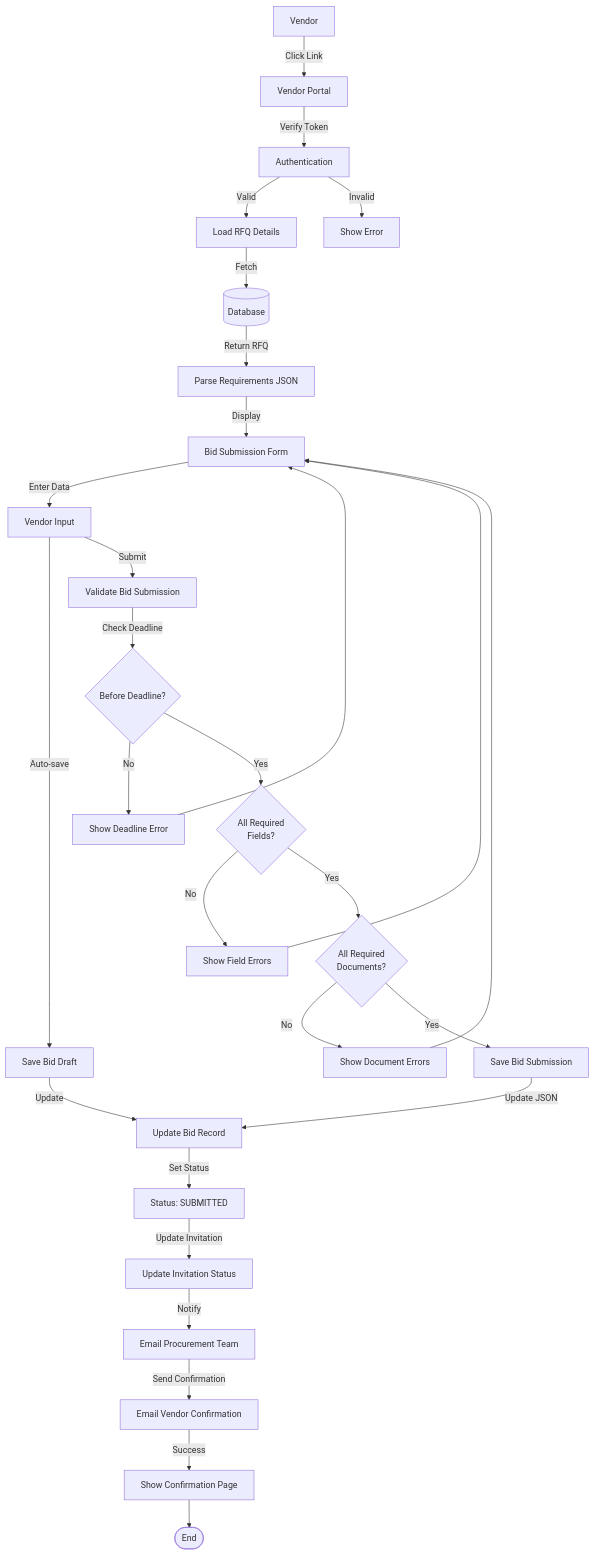
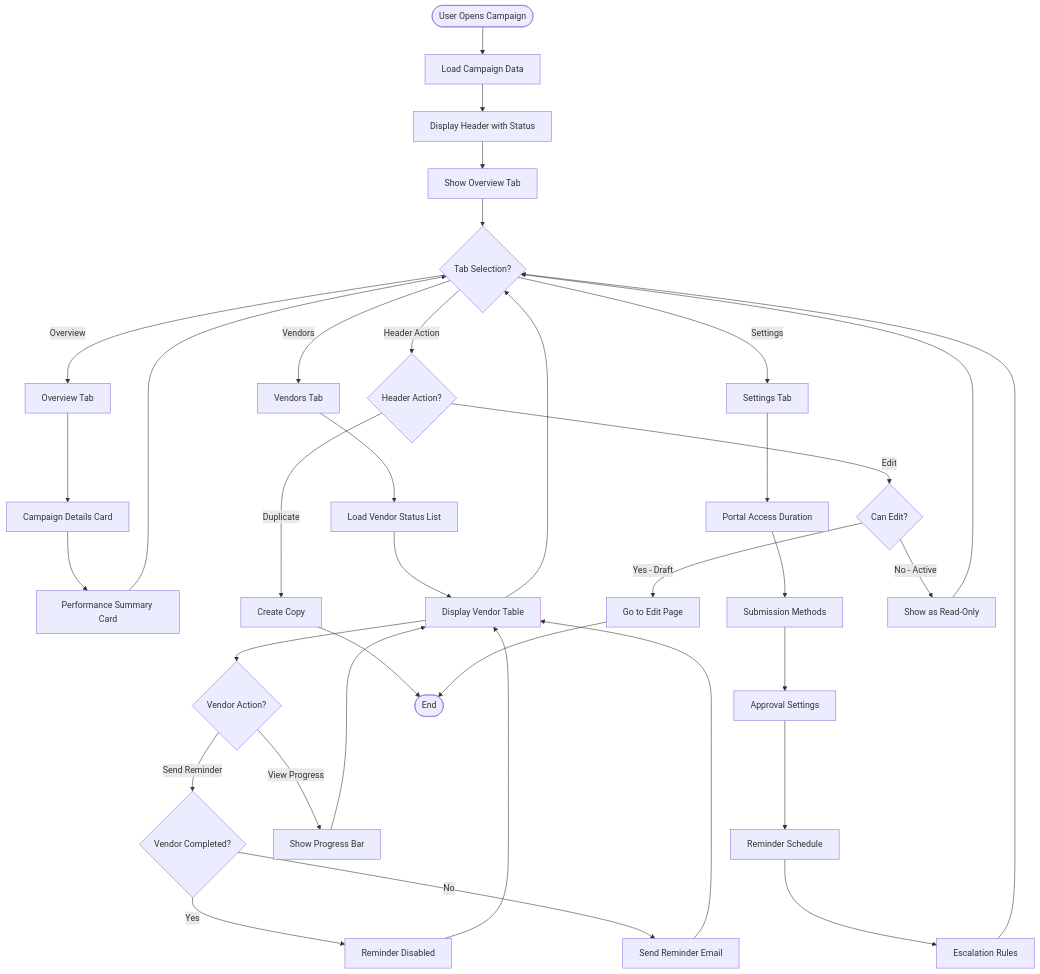
The sixth of 23 diagrams in docs/app/vendor-management/requests-for-pricing/FD-requests-for-pricing.md (CarmenSoftware-organization/carmen), drawn with Mermaid before and after one commit. The commit also changed other lines of this file and 1788 other files, not shown here.

````diff
--- a/docs/app/vendor-management/requests-for-pricing/FD-requests-for-pricing.md
+++ b/docs/app/vendor-management/requests-for-pricing/FD-requests-for-pricing.md
@@ -143,39 +242,49 @@
 ```mermaid
-graph TB
-    Vendor[Vendor] -->|Click Link| Portal[Vendor Portal]
-    Portal -->|Verify Token| Auth[Authentication]
-    Auth -->|Valid| LoadRFQ[Load RFQ Details]
-    Auth -->|Invalid| Error[Show Error]
+flowchart TD
+    Start([User Opens Campaign]) --> LoadCampaign[Load Campaign Data]
+    LoadCampaign --> DisplayHeader[Display Header with Status]
 
-    LoadRFQ -->|Fetch| DB[(Database)]
-    DB -->|Return RFQ| ParseJSON[Parse Requirements JSON]
-    ParseJSON -->|Display| Form[Bid Submission Form]
+    DisplayHeader --> DefaultTab[Show Overview Tab]
 
-    Form -->|Enter Data| VendorInput[Vendor Input]
-    VendorInput -->|Auto-save| DraftSave[Save Bid Draft]
-    DraftSave -->|Update| BidRecord[Update Bid Record]
+    DefaultTab --> TabChoice{Tab Selection?}
 
-    VendorInput -->|Submit| ValidateBid[Validate Bid Submission]
-    ValidateBid -->|Check Deadline| DeadlineCheck{Before Deadline?}
-    DeadlineCheck -->|No| DeadlineError[Show Deadline Error]
-    DeadlineError --> Form
+    TabChoice -->|Overview| OverviewTab[Overview Tab]
+    OverviewTab --> ShowDetails[Campaign Details Card]
+    ShowDetails --> ShowMetrics[Performance Summary Card]
+    ShowMetrics --> TabChoice
 
-    DeadlineCheck -->|Yes| ValidateFields{All Required<br/>Fields?}
-    ValidateFields -->|No| FieldErrors[Show Field Errors]
-    FieldErrors --> Form
+    TabChoice -->|Vendors| VendorsTab[Vendors Tab]
+    VendorsTab --> LoadVendors[Load Vendor Status List]
+    LoadVendors --> DisplayVendorTable[Display Vendor Table]
+    DisplayVendorTable --> VendorAction{Vendor Action?}
 
-    ValidateFields -->|Yes| ValidateDocs{All Required<br/>Documents?}
-    ValidateDocs -->|No| DocErrors[Show Document Errors]
-    DocErrors --> Form
+    VendorAction -->|Send Reminder| CheckVendorStatus{Vendor Completed?}
+    CheckVendorStatus -->|Yes| DisabledReminder[Reminder Disabled]
+    CheckVendorStatus -->|No| SendReminder[Send Reminder Email]
+    SendReminder --> DisplayVendorTable
+    DisabledReminder --> DisplayVendorTable
 
-    ValidateDocs -->|Yes| SaveSubmission[Save Bid Submission]
-    SaveSubmission -->|Update JSON| BidRecord
-    BidRecord -->|Set Status| Submitted[Status: SUBMITTED]
+    VendorAction -->|View Progress| ShowProgress[Show Progress Bar]
+    ShowProgress --> DisplayVendorTable
 
-    Submitted -->|Update Invitation| InvitationRecord[Update Invitation Status]
-    InvitationRecord -->|Notify| Email[Email Procurement Team]
-    Email -->|Send Confirmation| VendorEmail[Email Vendor Confirmation]
-    VendorEmail -->|Success| Confirmation[Show Confirmation Page]
+    DisplayVendorTable --> TabChoice
 
-    Confirmation --> End([End])
+    TabChoice -->|Settings| SettingsTab[Settings Tab]
+    SettingsTab --> ShowPortalSettings[Portal Access Duration]
+    ShowPortalSettings --> ShowSubmissionMethods[Submission Methods]
+    ShowSubmissionMethods --> ShowApproval[Approval Settings]
+    ShowApproval --> ShowReminders[Reminder Schedule]
+    ShowReminders --> ShowEscalation[Escalation Rules]
+    ShowEscalation --> TabChoice
+
+    TabChoice -->|Header Action| HeaderAction{Header Action?}
+
+    HeaderAction -->|Duplicate| DuplicateCampaign[Create Copy]
+    DuplicateCampaign --> End([End])
+
+    HeaderAction -->|Edit| CheckEditPerm{Can Edit?}
+    CheckEditPerm -->|Yes - Draft| NavigateEdit[Go to Edit Page]
+    CheckEditPerm -->|No - Active| ShowReadOnly[Show as Read-Only]
+    NavigateEdit --> End
+    ShowReadOnly --> TabChoice
 ```
````
